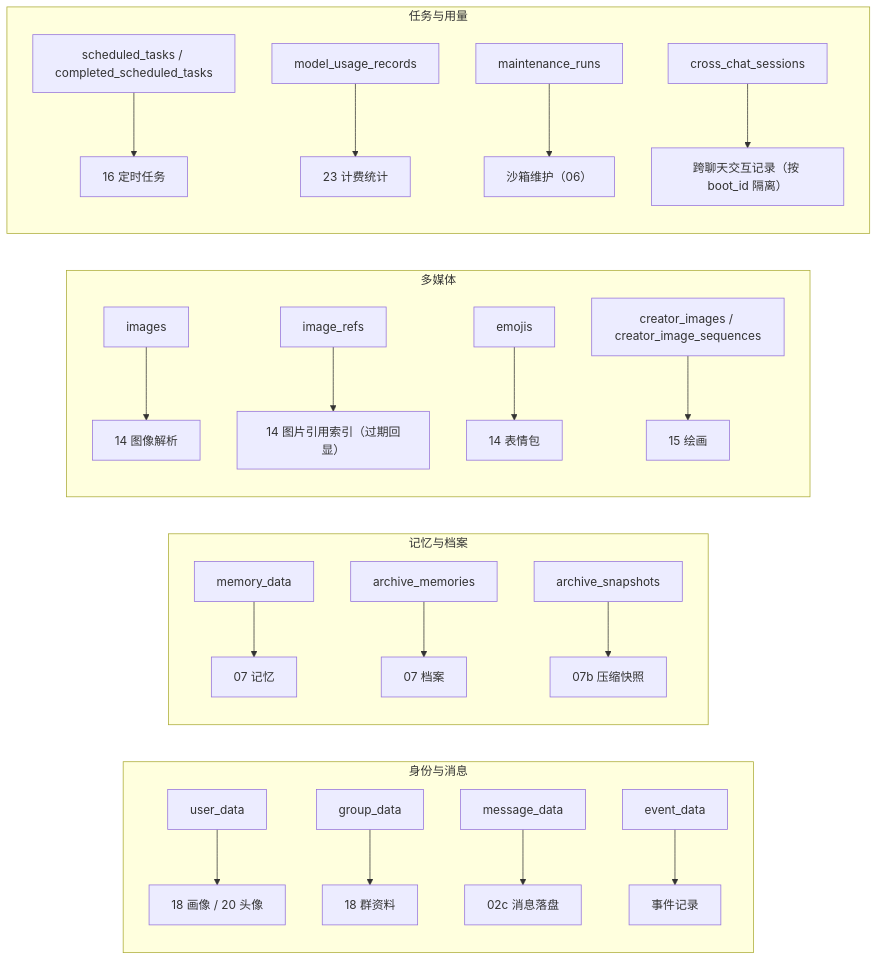
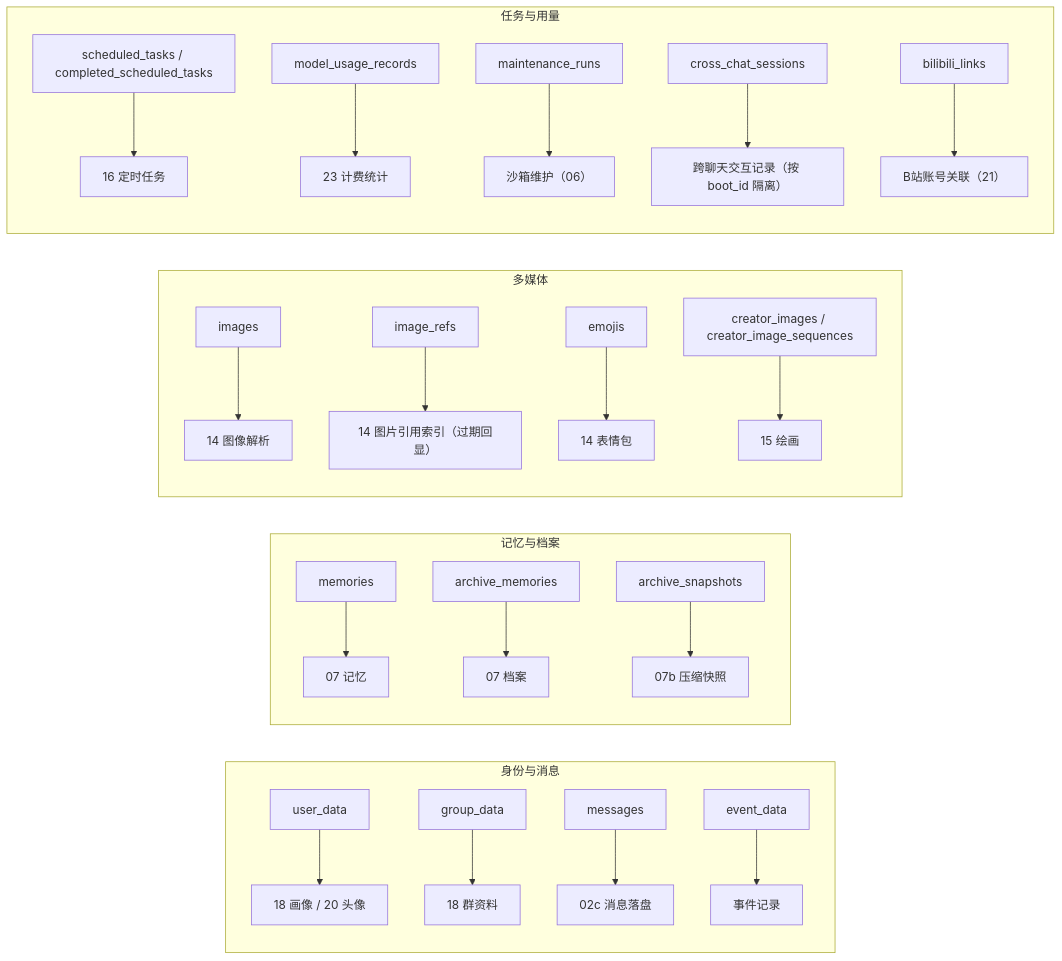
The seventh of 9 diagrams in docs/flow/22-storage-migrations.md (SuperQuail/NeoBot), drawn with Mermaid before and after one commit. The commit also changed other lines of this file and 13 other files, not shown here.

````diff
--- a/docs/flow/22-storage-migrations.md
+++ b/docs/flow/22-storage-migrations.md
@@ -161,26 +161,27 @@
 ```mermaid
 flowchart LR
     subgraph 身份与消息
       T1["user_data"] --> W1["18 画像 / 20 头像"]
       T2["group_data"] --> W2["18 群资料"]
-      T3["message_data"] --> W3["02c 消息落盘"]
+      T3["messages"] --> W3["02c 消息落盘"]
       T4["event_data"] --> W4["事件记录"]
     end
     subgraph 记忆与档案
-      T5["memory_data"] --> W5["07 记忆"]
+      T5["memories"] --> W5["07 记忆"]
       T6["archive_memories"] --> W6["07 档案"]
       T7["archive_snapshots"] --> W7["07b 压缩快照"]
     end
     subgraph 多媒体
       T8["images"] --> W8["14 图像解析"]
       T8b["image_refs"] --> W8b["14 图片引用索引（过期回显）"]
       T9["emojis"] --> W9["14 表情包"]
       T10["creator_images / creator_image_sequences"] --> W10["15 绘画"]
     end
     subgraph 任务与用量
       T11["scheduled_tasks / completed_scheduled_tasks"] --> W11["16 定时任务"]
       T12["model_usage_records"] --> W12["23 计费统计"]
       T13["maintenance_runs"] --> W13["沙箱维护（06）"]
       T14["cross_chat_sessions"] --> W14["跨聊天交互记录（按 boot_id 隔离）"]
+      T15["bilibili_links"] --> W15["B站账号关联（21）"]
     end
 ```
````
